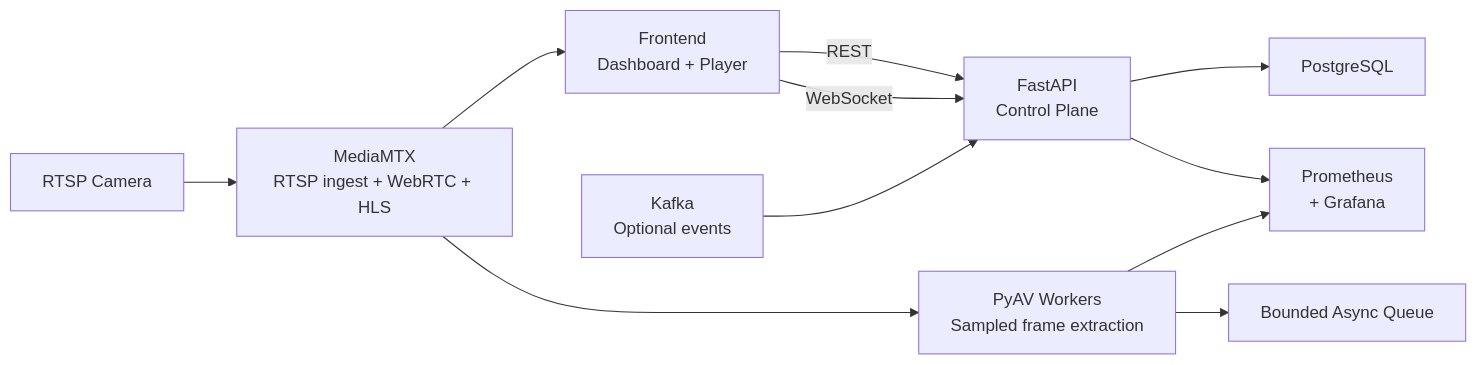
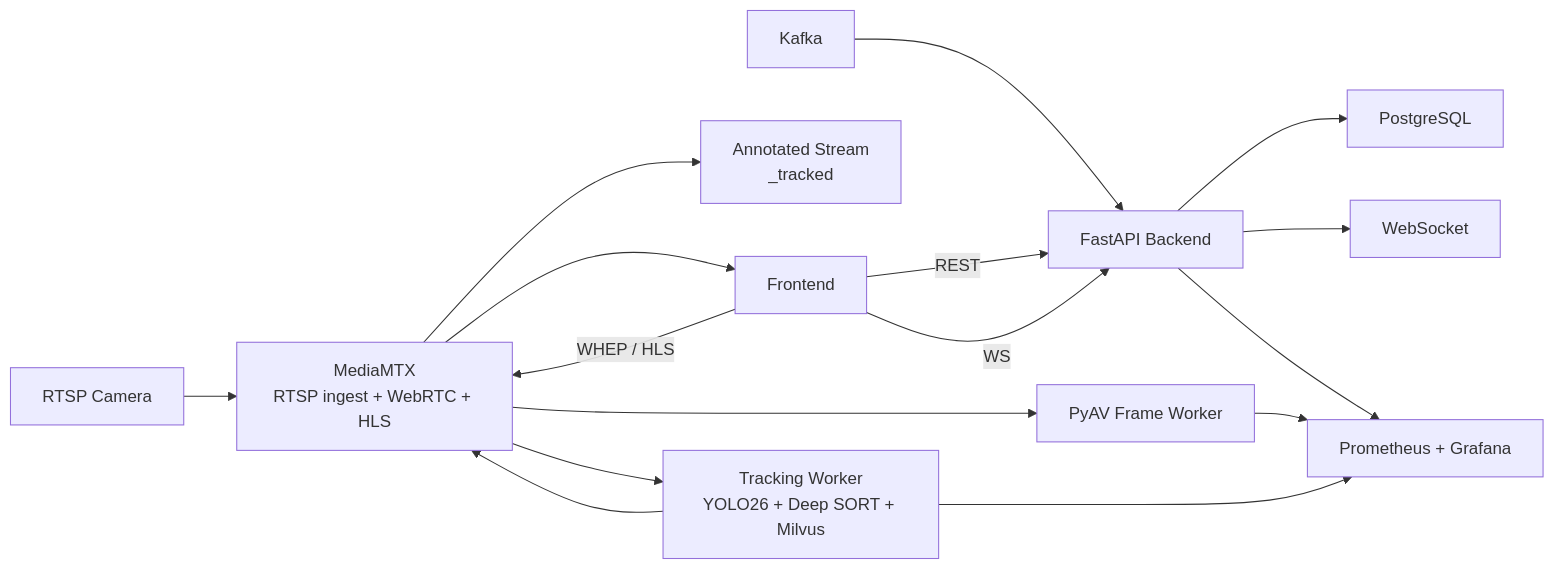
The diagram in backend/README.md (Premaramkarthik/Ai-Intelligence-Theft-Detection), drawn with Mermaid before and after one commit. The commit also changed other lines of this file and 35 other files, not shown here.

First line of the commit message:
feat(tracking): Implement tracking stream management and Kafka integration

````diff
--- a/backend/README.md
+++ b/backend/README.md
@@ -30,23 +34,30 @@
 ```mermaid
 flowchart LR
     Camera["RTSP Camera"]
     MediaMTX["MediaMTX\nRTSP ingest + WebRTC + HLS"]
-    Frontend["Frontend\nDashboard + Player"]
-    FastAPI["FastAPI\nControl Plane"]
-    PyAV["PyAV Workers\nSampled frame extraction"]
-    Queue["Bounded Async Queue"]
-    Postgres["PostgreSQL"]
-    Kafka["Kafka\nOptional events"]
-    Metrics["Prometheus\n+ Grafana"]
+    API["FastAPI Backend"]
+    PyAV["PyAV Frame Worker"]
+    Tracking["Tracking Worker\nYOLO26 + Deep SORT + Milvus"]
+    Annotated["Annotated Stream\n<stream>_tracked"]
+    Frontend["Frontend"]
+    DB["PostgreSQL"]
+    WS["WebSocket"]
+    Kafka["Kafka"]
+    Metrics["Prometheus + Grafana"]
 
     Camera --> MediaMTX
     MediaMTX --> Frontend
     MediaMTX --> PyAV
-    PyAV --> Queue
-    Frontend -->|REST| FastAPI
-    Frontend -->|WebSocket| FastAPI
-    FastAPI --> Postgres
-    Kafka --> FastAPI
-    FastAPI --> Metrics
+    MediaMTX --> Tracking
+    Tracking --> MediaMTX
+    MediaMTX --> Annotated
+    API --> DB
+    API --> WS
+    Kafka --> API
+    API --> Metrics
     PyAV --> Metrics
+    Tracking --> Metrics
+    Frontend -->|REST| API
+    Frontend -->|WS| API
+    Frontend -->|WHEP / HLS| MediaMTX
 ```
````
